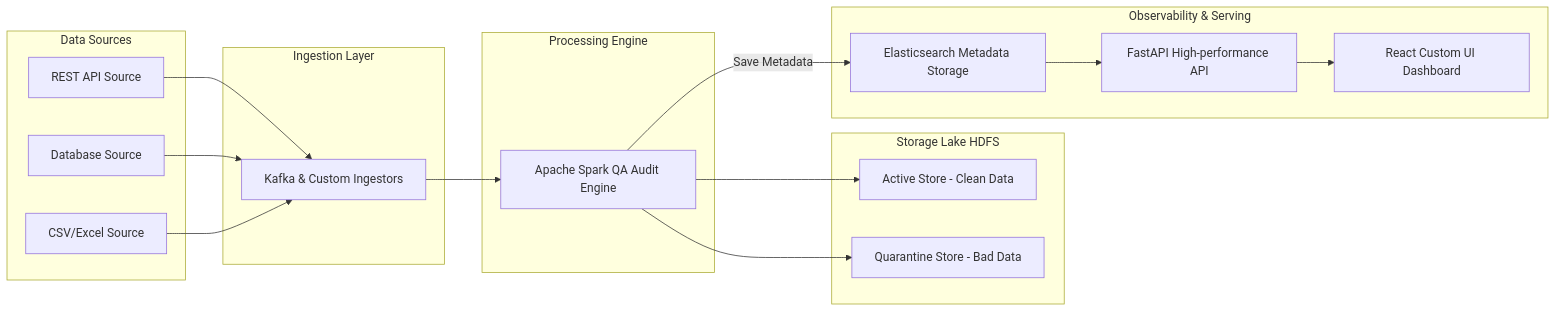
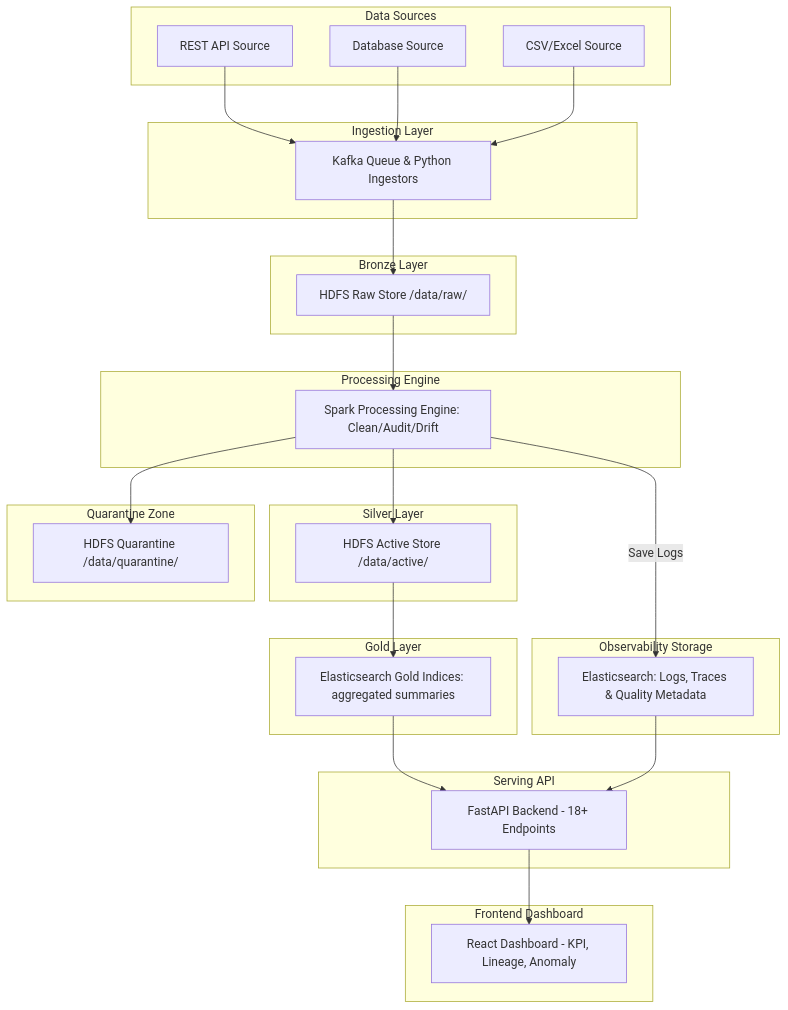
One commit to fframe11/SQDOP-PROJ changed the diagram in docs/requirements/TOR_v2.md. Above: the diagram before and after it, drawn with Mermaid. The commit also changed other lines of this file and 24 other files, not shown here.

````diff
--- a/docs/requirements/TOR_v2.md
+++ b/docs/requirements/TOR_v2.md
@@ -50,34 +64,54 @@
 ```mermaid
-graph LR
+graph TD
     subgraph Data Sources
         API[REST API Source]
         DB[Database Source]
         CSV[CSV/Excel Source]
     end
 
     subgraph Ingestion Layer
-        Ingest[Kafka & Custom Ingestors]
+        Ingest[Kafka Queue & Python Ingestors]
     end
 
-    subgraph Storage Lake HDFS
-        Active[Active Store - Clean Data]
-        Quar[Quarantine Store - Bad Data]
+    subgraph Bronze Layer
+        Raw[HDFS Raw Store /data/raw/]
     end
 
     subgraph Processing Engine
-        Spark[Apache Spark QA Audit Engine]
+        Spark[Spark Processing Engine: Clean/Audit/Drift]
     end
 
-    subgraph Observability & Serving
-        ES[Elasticsearch Metadata Storage]
-        FastAPI[FastAPI High-performance API]
-        UI[React Custom UI Dashboard]
+    subgraph Silver Layer
+        Active[HDFS Active Store /data/active/]
+    end
+
+    subgraph Quarantine Zone
+        Quar[HDFS Quarantine /data/quarantine/]
+    end
+
+    subgraph Gold Layer
+        Gold[Elasticsearch Gold Indices: aggregated summaries]
+    end
+
+    subgraph Observability Storage
+        ES[Elasticsearch: Logs, Traces & Quality Metadata]
+    end
+
+    subgraph Serving API
+        FastAPI[FastAPI Backend - 18+ Endpoints]
+    end
+
+    subgraph Frontend Dashboard
+        UI[React Dashboard - KPI, Lineage, Anomaly]
     end
 
     API & DB & CSV --> Ingest
-    Ingest --> Spark
-    Spark --> Active & Quar
-    Spark -- Save Metadata --> ES
-    ES --> FastAPI
+    Ingest --> Raw
+    Raw --> Spark
+    Spark --> Active
+    Spark --> Quar
+    Active --> Gold
+    Spark -- Save Logs --> ES
+    Gold & ES --> FastAPI
     FastAPI --> UI
 ```
````
